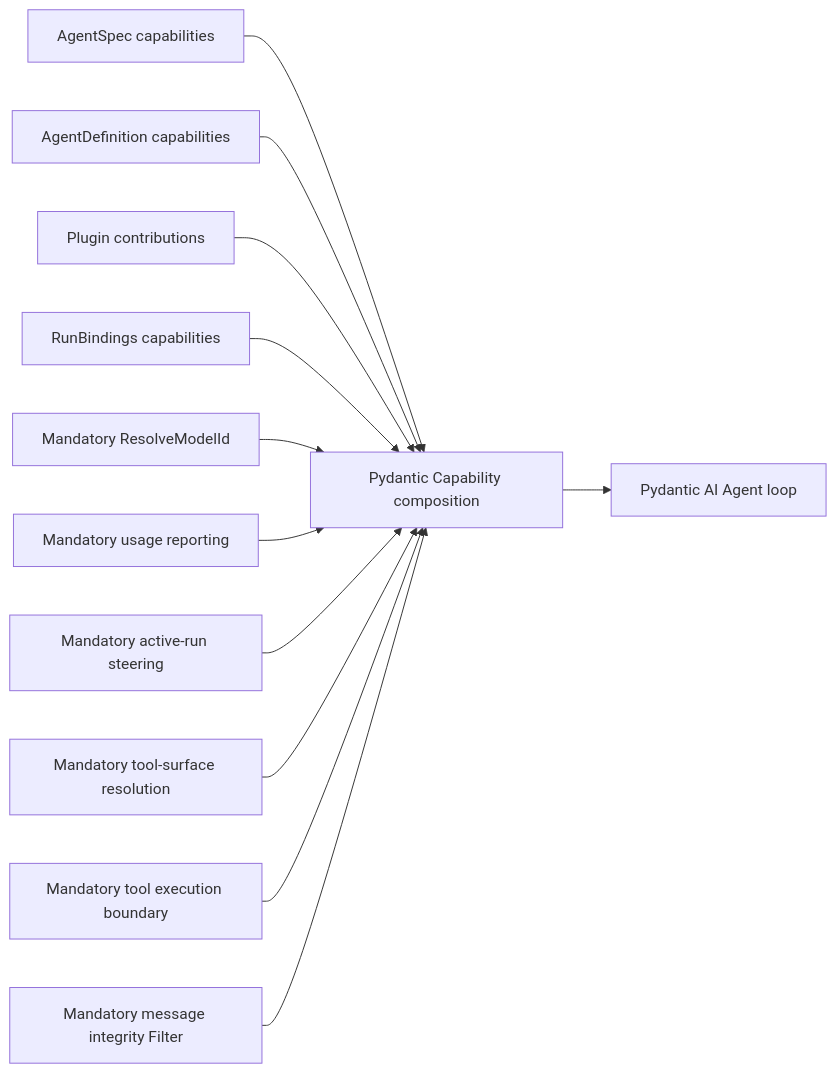
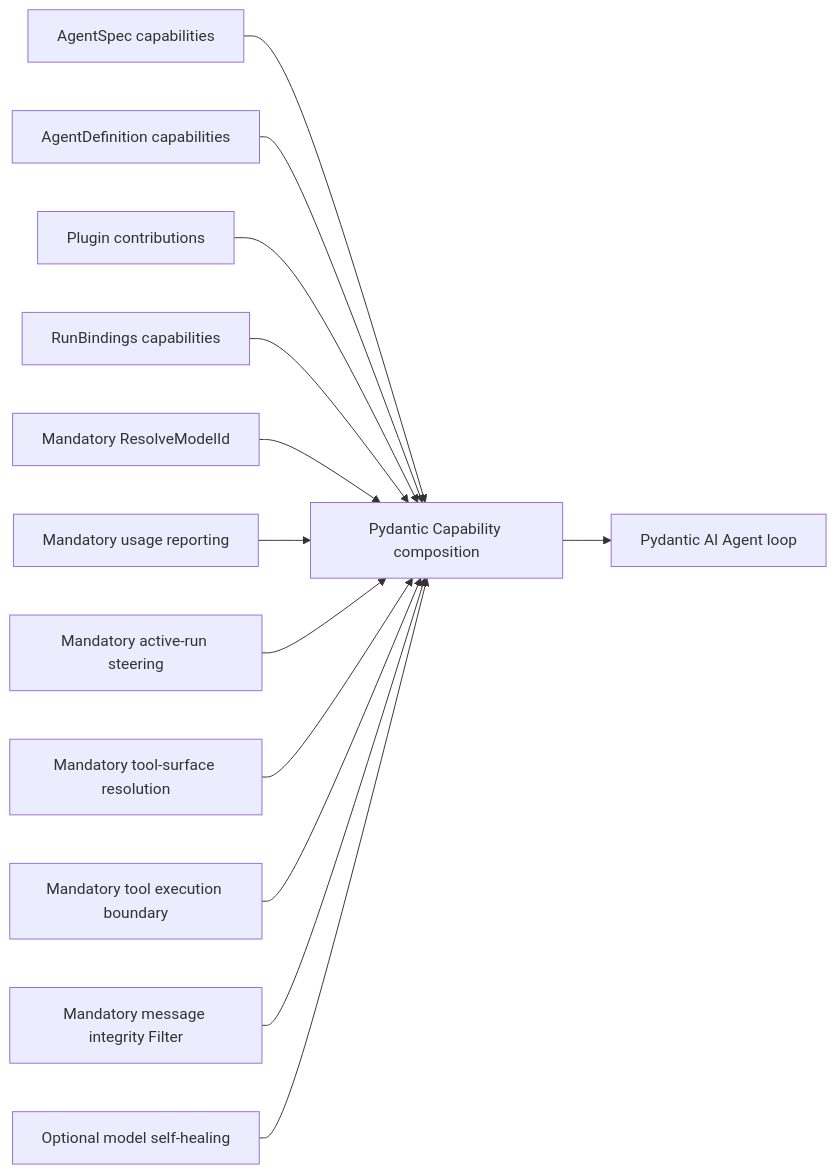
The diagram in spec/agent-harness/17-core-capability-catalog.md (LTThreeComma/agent-foundation), drawn with Mermaid before and after one commit. The commit also changed other lines of this file and 15 other files, not shown here.

First line of the commit message:
feat(harness): require explicit model self-healing (#21)

````diff
--- a/spec/agent-harness/17-core-capability-catalog.md
+++ b/spec/agent-harness/17-core-capability-catalog.md
@@ -63,14 +64,15 @@
 ```mermaid
 flowchart LR
     Spec[AgentSpec capabilities] --> PAI[Pydantic Capability composition]
     Build[AgentDefinition capabilities] --> PAI
     Plugin[Plugin contributions] --> PAI
     Run[RunBindings capabilities] --> PAI
     Resolver[Mandatory ResolveModelId] --> PAI
     Usage[Mandatory usage reporting] --> PAI
     Steering[Mandatory active-run steering] --> PAI
     Surface[Mandatory tool-surface resolution] --> PAI
     Boundary[Mandatory tool execution boundary] --> PAI
     Integrity[Mandatory message integrity Filter] --> PAI
+    SelfHealing[Optional model self-healing] --> PAI
     PAI --> Agent[Pydantic AI Agent loop]
 ```
````
